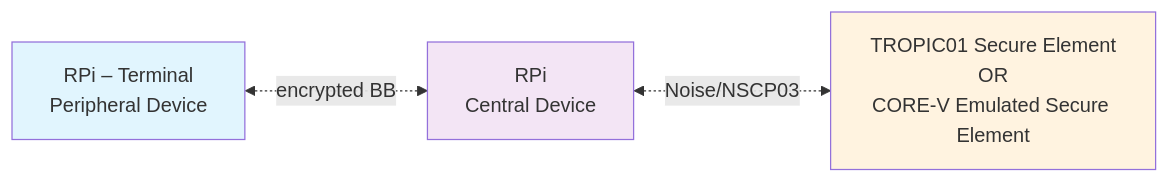
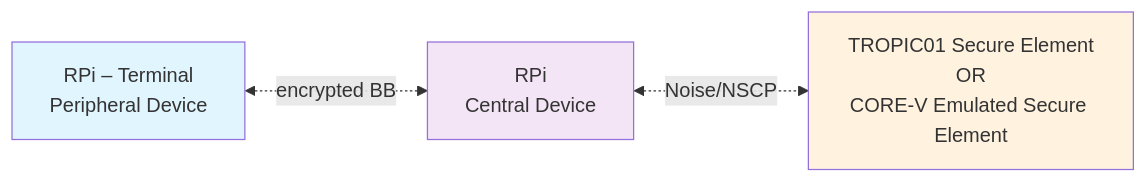
The diagram in README.md (tropicsquare/orshin-demo), drawn with Mermaid before and after one commit. The commit also changed other lines of this file and 29 other files, not shown here.

````diff
--- a/README.md
+++ b/README.md
@@ -12,10 +12,10 @@
 ```mermaid
 flowchart LR
     A[RPi – Terminal<br/>Peripheral Device]
     A <-.->|encrypted BB| B[RPi<br/>Central Device]
-    B <-.->|Noise/NSCP03| C[TROPIC01 Secure Element<br/>OR<br/>CORE-V Emulated Secure Element]
+    B <-.->|Noise/NSCP| C[TROPIC01 Secure Element<br/>OR<br/>CORE-V Emulated Secure Element]
 
     style A fill:#e1f5fe
     style B fill:#f3e5f5
     style C fill:#fff3e0
 ```
````
